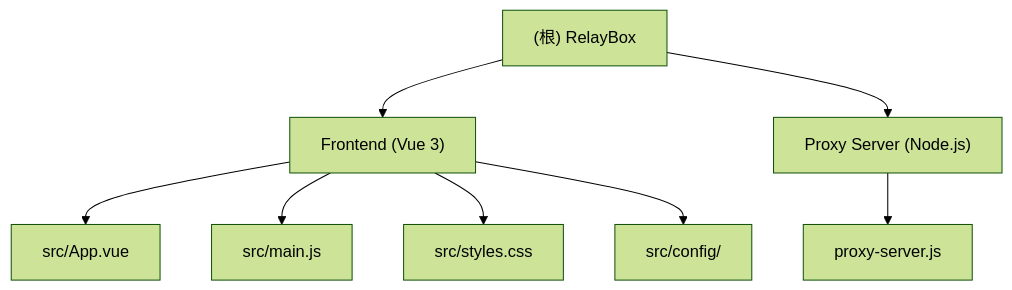
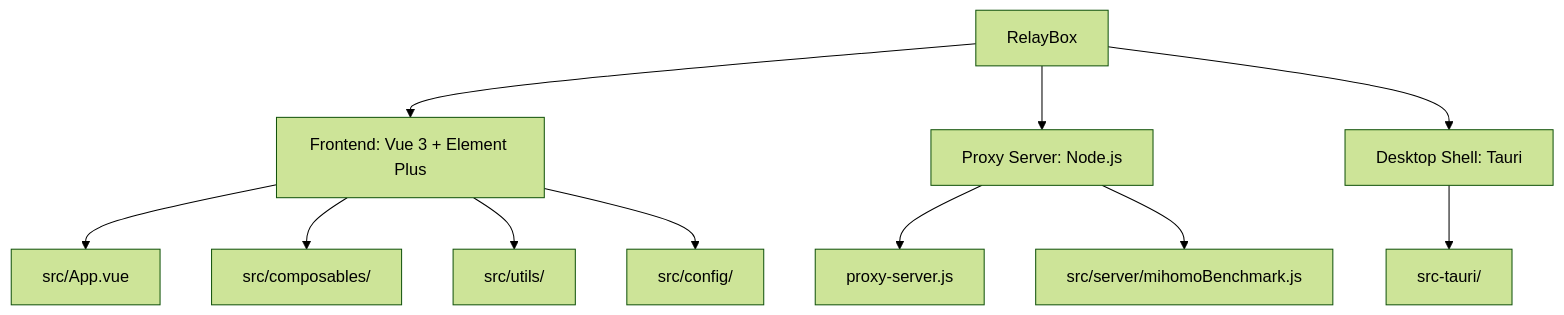
One commit to Gary-zy/ClashRelay changed the diagram in AGENTS.md. Above: the diagram before and after it, drawn with Mermaid (forest theme). The commit also changed other lines of this file and 52 other files, not shown here.

````diff
--- a/AGENTS.md
+++ b/AGENTS.md
@@ -11,12 +25,13 @@
 ```mermaid
 graph TD
-    A["(根) RelayBox"] --> B["Frontend (Vue 3)"]
-    A --> C["Proxy Server (Node.js)"]
-
+    A["RelayBox"] --> B["Frontend: Vue 3 + Element Plus"]
+    A --> C["Proxy Server: Node.js"]
+    A --> D["Desktop Shell: Tauri"]
     B --> B1["src/App.vue"]
-    B --> B2["src/main.js"]
-    B --> B3["src/styles.css"]
+    B --> B2["src/composables/"]
+    B --> B3["src/utils/"]
     B --> B4["src/config/"]
-
     C --> C1["proxy-server.js"]
+    C --> C2["src/server/mihomoBenchmark.js"]
+    D --> D1["src-tauri/"]
 ```
````
